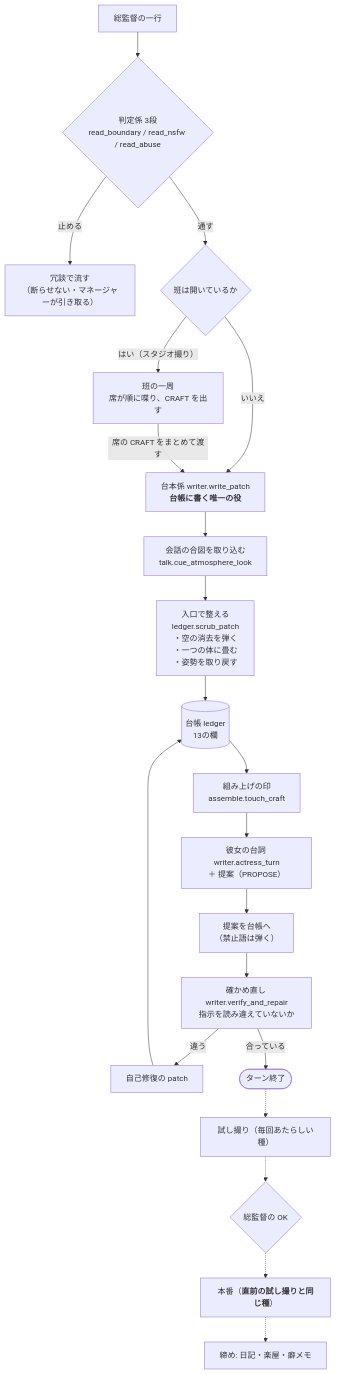
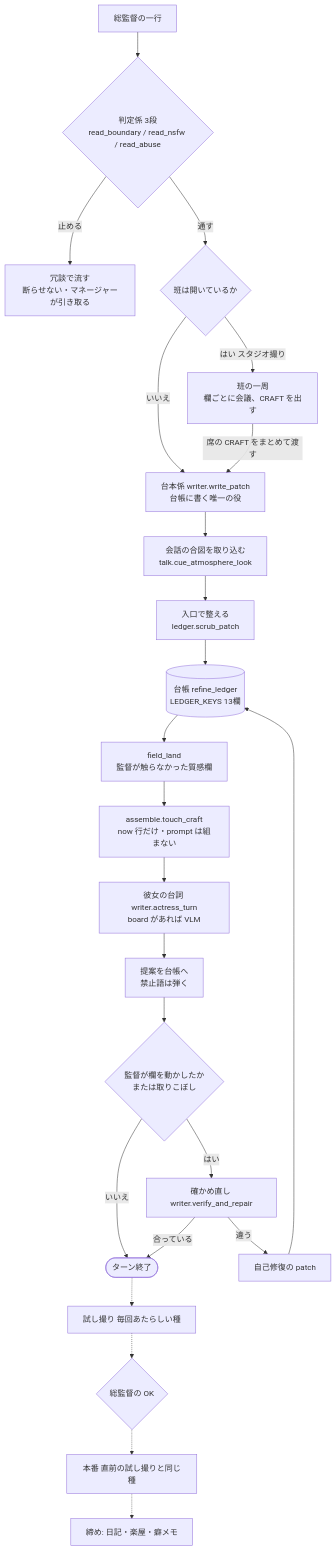
Before and after one commit to ranbell/ranbell_image: the first of 6 diagrams in docs/tech/muse.ja.md, drawn with Mermaid. The commit also changed other lines of this file and 6 other files, not shown here.

````diff
--- a/docs/tech/muse.ja.md
+++ b/docs/tech/muse.ja.md
@@ -17,26 +25,29 @@
 ```mermaid
 flowchart TD
     U["総監督の一行"] --> G{"判定係 3段<br/>read_boundary / read_nsfw / read_abuse"}
-    G -- "止める" --> STOP["冗談で流す<br/>（断らせない・マネージャーが引き取る）"]
+    G -- "止める" --> STOP["冗談で流す<br/>断らせない・マネージャーが引き取る"]
     G -- "通す" --> CREW{"班は開いているか"}
 
-    CREW -- "はい（スタジオ撮り）" --> TABLE["班の一周<br/>席が順に喋り、CRAFT を出す"]
+    CREW -- "はい スタジオ撮り" --> TABLE["班の一周<br/>欄ごとに会議、CRAFT を出す"]
     CREW -- "いいえ" --> W
     TABLE -- "席の CRAFT をまとめて渡す" --> W
 
-    W["台本係 writer.write_patch<br/><b>台帳に書く唯一の役</b>"] --> CUE["会話の合図を取り込む<br/>talk.cue_atmosphere_look"]
-    CUE --> SCRUB["入口で整える<br/>ledger.scrub_patch<br/>・空の消去を弾く<br/>・一つの体に畳む<br/>・姿勢を取り戻す"]
-    SCRUB --> LED[("台帳 ledger<br/>13の欄")]
-    LED --> TOUCH["組み上げの印<br/>assemble.touch_craft"]
+    W["台本係 writer.write_patch<br/>台帳に書く唯一の役"] --> CUE["会話の合図を取り込む<br/>talk.cue_atmosphere_look"]
+    CUE --> SCRUB["入口で整える<br/>ledger.scrub_patch"]
+    SCRUB --> LED[("台帳 refine_ledger<br/>LEDGER_KEYS 13欄")]
+    LED --> LAND["field_land<br/>監督が触らなかった質感欄"]
+    LAND --> TOUCH["assemble.touch_craft<br/>now 行だけ・prompt は組まない"]
 
-    TOUCH --> A["彼女の台詞 writer.actress_turn<br/>＋ 提案（PROPOSE）"]
-    A --> PROP["提案を台帳へ<br/>（禁止語は弾く）"]
-    PROP --> V["確かめ直し writer.verify_and_repair<br/>指示を読み違えていないか"]
-    V -- "違う" --> REPAIR["自己修復の patch"] --> LED
-    V -- "合っている" --> DONE(["ターン終了"])
+    TOUCH --> A["彼女の台詞 writer.actress_turn<br/>board があれば VLM"]
+    A --> PROP["提案を台帳へ<br/>禁止語は弾く"]
+    PROP --> V{"監督が欄を動かしたか<br/>または取りこぼし"}
+    V -- "いいえ" --> DONE(["ターン終了"])
+    V -- "はい" --> VR["確かめ直し writer.verify_and_repair"]
+    VR -- "違う" --> REPAIR["自己修復の patch"] --> LED
+    VR -- "合っている" --> DONE
 
-    DONE -.-> BOARD["試し撮り（毎回あたらしい種）"]
+    DONE -.-> BOARD["試し撮り 毎回あたらしい種"]
     BOARD -.-> OK{"総監督の OK"}
-    OK -.-> SHOOT["本番（<b>直前の試し撮りと同じ種</b>）"]
+    OK -.-> SHOOT["本番 直前の試し撮りと同じ種"]
     SHOOT -.-> DIARY["締め: 日記・楽屋・癖メモ"]
 ```
````
